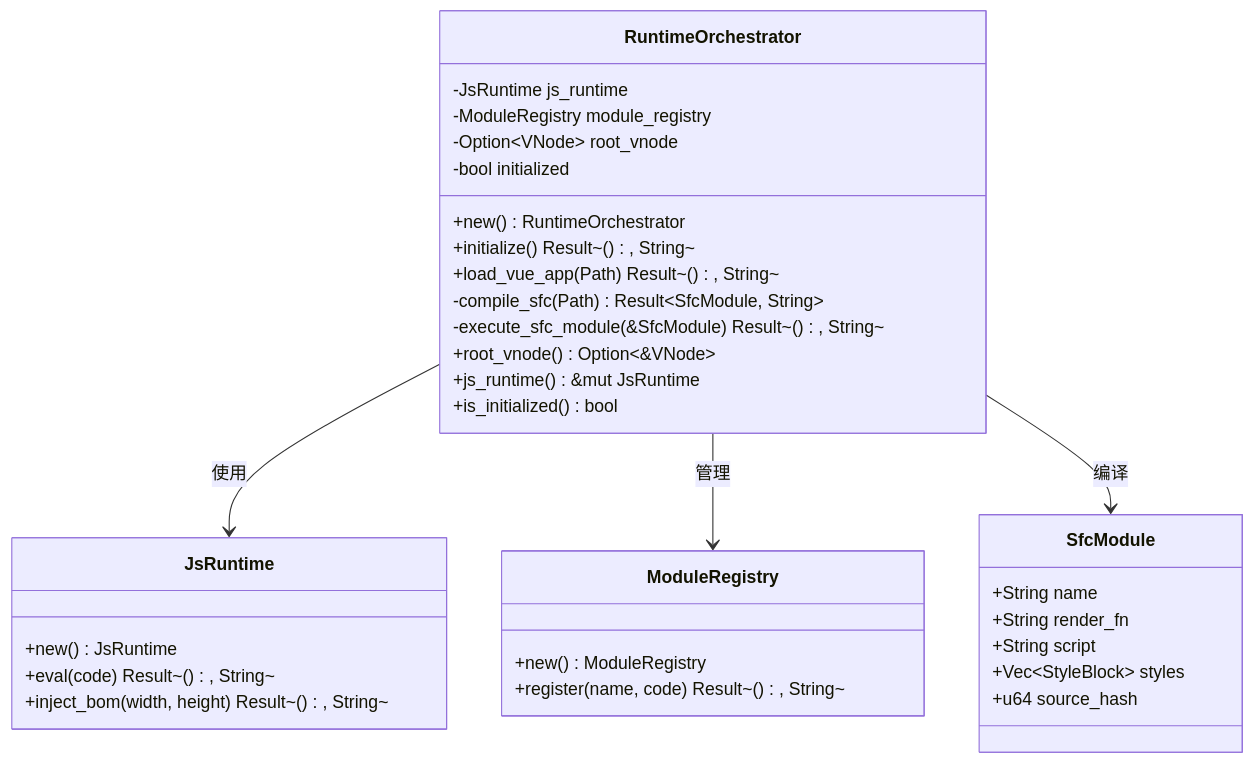
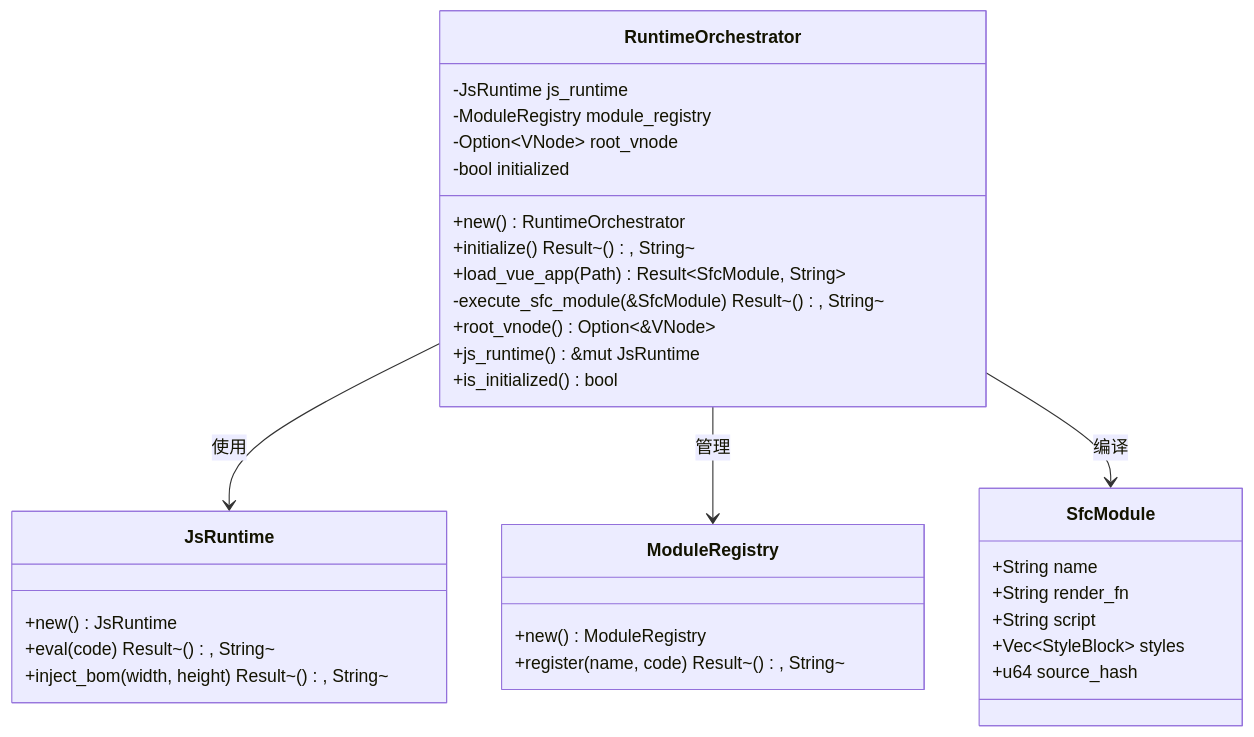
The sixth of 12 diagrams in .qoder/repowiki/zh/content/核心功能特性/工程化与商业化能力/Iris Runtime NPM 包.md (itszzl-sudo/iris), drawn with Mermaid before and after one commit. The commit also changed other lines of this file and 6 other files, not shown here.

````diff
--- a/.qoder/repowiki/zh/content/核心功能特性/工程化与商业化能力/Iris Runtime NPM 包.md
+++ b/.qoder/repowiki/zh/content/核心功能特性/工程化与商业化能力/Iris Runtime NPM 包.md
@@ -313,36 +350,35 @@
 ```mermaid
 classDiagram
 class RuntimeOrchestrator {
 -JsRuntime js_runtime
 -ModuleRegistry module_registry
 -Option~VNode~ root_vnode
 -bool initialized
 +new() RuntimeOrchestrator
 +initialize() Result~(), String~
-+load_vue_app(Path) Result~(), String~
--compile_sfc(Path) Result~SfcModule, String~
++load_vue_app(Path) Result~SfcModule, String~
 -execute_sfc_module(&SfcModule) Result~(), String~
 +root_vnode() Option~&VNode~
 +js_runtime() &mut JsRuntime
 +is_initialized() bool
 }
 class JsRuntime {
 +new() JsRuntime
 +eval(code) Result~(), String~
 +inject_bom(width, height) Result~(), String~
 }
 class ModuleRegistry {
 +new() ModuleRegistry
 +register(name, code) Result~(), String~
 }
 class SfcModule {
 +String name
 +String render_fn
 +String script
 +Vec~StyleBlock~ styles
 +u64 source_hash
 }
 RuntimeOrchestrator --> JsRuntime : 使用
 RuntimeOrchestrator --> ModuleRegistry : 管理
 RuntimeOrchestrator --> SfcModule : 编译
 ```
````
